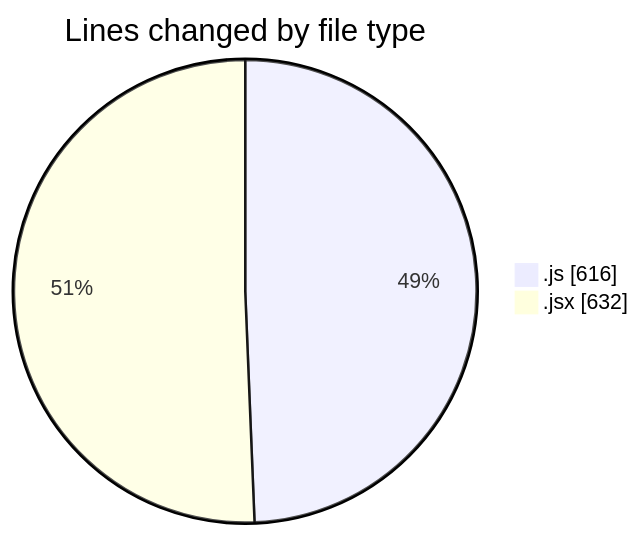
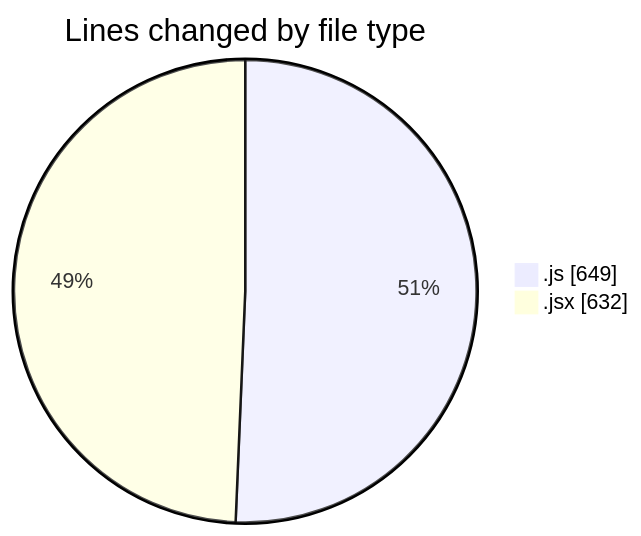
Before and after one commit to nxtqubesakshisongat/code-tracking: the first of 2 diagrams in 2026-01-15/nxtqube_webapp/README.md, drawn with Mermaid. The commit also changed other lines of this file and 1 other file, not shown here.

````diff
--- a/2026-01-15/nxtqube_webapp/README.md
+++ b/2026-01-15/nxtqube_webapp/README.md
@@ -21,6 +21,6 @@
 ```mermaid
 pie showData
 title Lines changed by file type
-".js" : 616
+".js" : 649
 ".jsx" : 632
 ```
````
